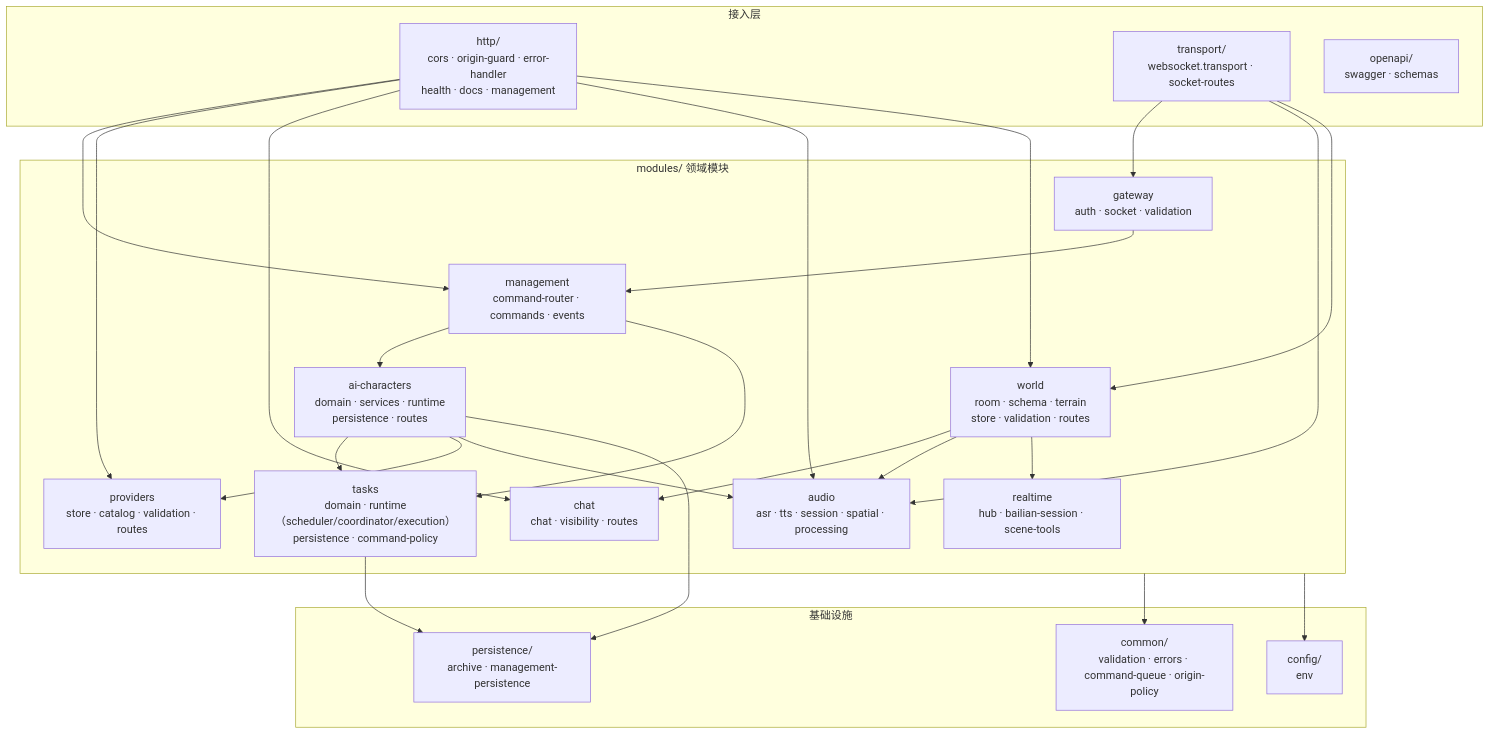
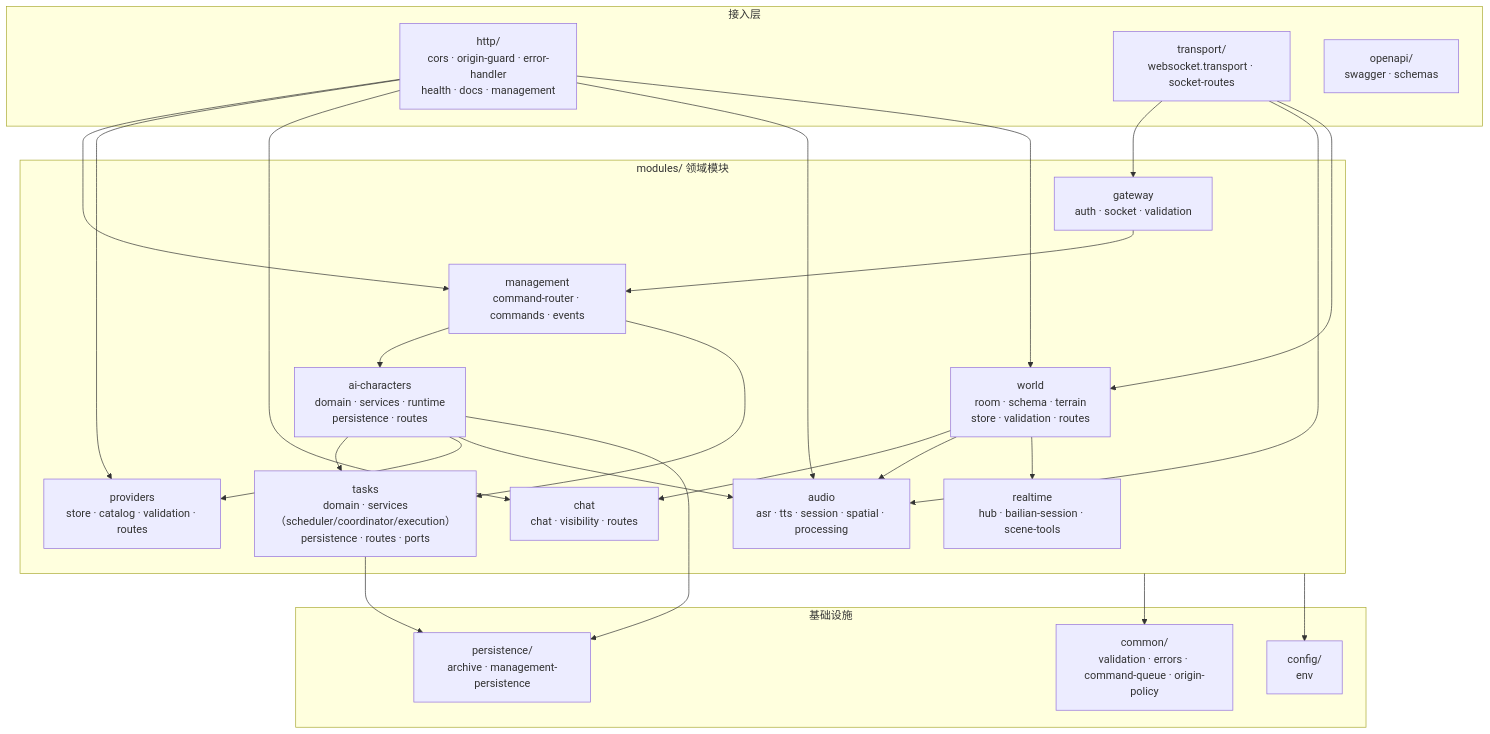
One commit to lulabs-org/embocraft changed the fifth of 14 diagrams in docs/guide/architecture-diagrams.md. Above: the diagram before and after it, drawn with Mermaid. The commit also changed 17 other files, not shown here.

````diff
--- a/docs/guide/architecture-diagrams.md
+++ b/docs/guide/architecture-diagrams.md
@@ -122,49 +122,49 @@
 ```mermaid
 graph TB
     subgraph Entry["接入层"]
         HTTP["http/<br/>cors · origin-guard · error-handler<br/>health · docs · management"]
         TR["transport/<br/>websocket.transport · socket-routes"]
         OA["openapi/<br/>swagger · schemas"]
     end
 
     subgraph Modules["modules/ 领域模块"]
         World["world<br/>room · schema · terrain<br/>store · validation · routes"]
         AIC["ai-characters<br/>domain · services · runtime<br/>persistence · routes"]
-        Tasks["tasks<br/>domain · runtime（scheduler/coordinator/execution）<br/>persistence · command-policy"]
+        Tasks["tasks<br/>domain · services（scheduler/coordinator/execution）<br/>persistence · routes · ports"]
         Mgmt["management<br/>command-router · commands · events"]
         GW["gateway<br/>auth · socket · validation"]
         Prov["providers<br/>store · catalog · validation · routes"]
         Chat["chat<br/>chat · visibility · routes"]
         Audio["audio<br/>asr · tts · session · spatial · processing"]
         RT["realtime<br/>hub · bailian-session · scene-tools"]
     end
 
     subgraph Infra["基础设施"]
         Common["common/<br/>validation · errors · command-queue · origin-policy"]
         Config["config/<br/>env"]
         Persist["persistence/<br/>archive · management-persistence"]
     end
 
     HTTP --> Mgmt
     HTTP --> Prov
     HTTP --> Chat
     HTTP --> Audio
     HTTP --> World
     TR --> GW
     TR --> Audio
     TR --> World
 
     GW --> Mgmt
     Mgmt --> AIC
     Mgmt --> Tasks
     AIC --> Tasks
     AIC --> Prov
     AIC --> Audio
     World --> Chat
     World --> Audio
     World --> RT
     AIC --> Persist
     Tasks --> Persist
     Modules --> Common
     Modules --> Config
 ```
````
